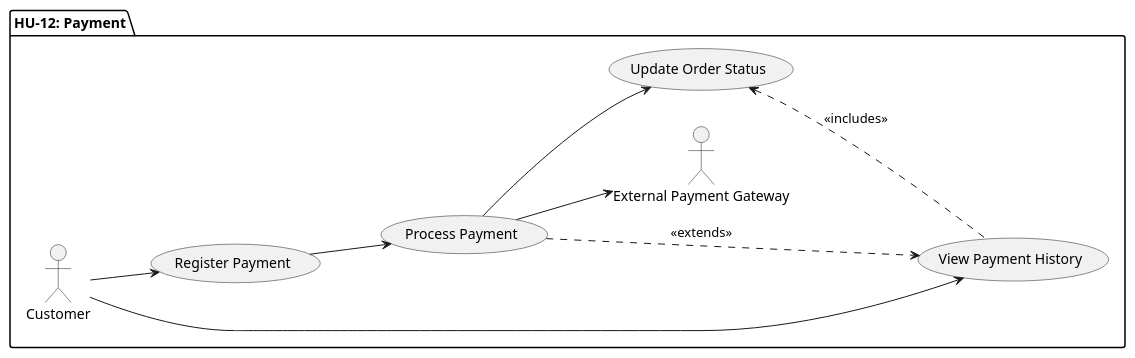
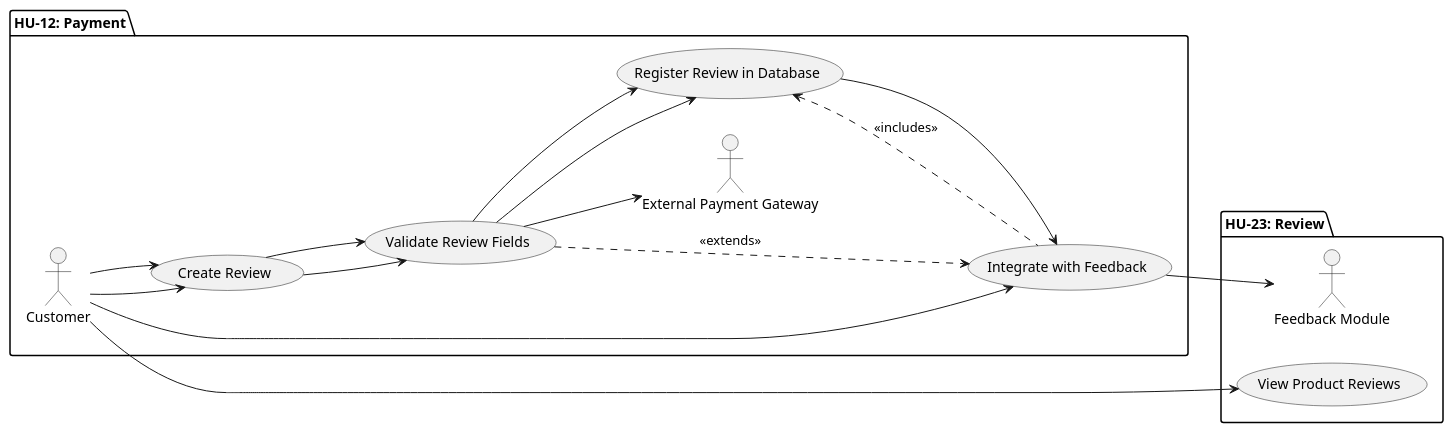
One commit to code-sena/laboratory-2899747 changed the diagram in document/architecture/usecase.wsd. Above: the diagram before and after it, drawn with PlantUML. The commit also changed 2 other files, not shown here.

Commit message:
docs/SH-H23-dev-addeed-bd-SQL-class-usecase-diagrams

```diff
--- a/document/architecture/usecase.wsd
+++ b/document/architecture/usecase.wsd
@@ -1,27 +1,49 @@
 @startuml
   left to right direction
 
   package "HU-12: Payment" {
 
     'Actors'
     actor "Customer" as Customer
     actor "External Payment Gateway" as PaymentGateway
 
     'Use Cases'
     usecase "Register Payment" as UC1
     usecase "Process Payment" as UC2
     usecase "Update Order Status" as UC3
     usecase "View Payment History" as UC4
 
     'Relationships'
     Customer --> UC1
     Customer --> UC4
 
     UC1 --> UC2
     UC2 --> PaymentGateway
     UC2 .> UC4 : <<extends>>
     UC3 <.. UC4 : <<includes>>
 
     UC2 --> UC3
   }
+
+    package "HU-23: Review" {
+
+    'Actors'
+    actor "Customer" as Customer
+    actor "Feedback Module" as FeedbackModule
+
+    'Use Cases'
+    usecase "Create Review" as UC1
+    usecase "Validate Review Fields" as UC2
+    usecase "Register Review in Database" as UC3
+    usecase "Integrate with Feedback" as UC4
+    usecase "View Product Reviews" as UC5
+
+    'Relationships'
+    Customer --> UC1
+    UC1 --> UC2
+    UC2 --> UC3
+    UC3 --> UC4
+    UC4 --> FeedbackModule
+    Customer --> UC5
+  }
 @enduml
```
